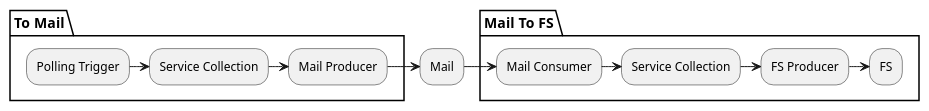
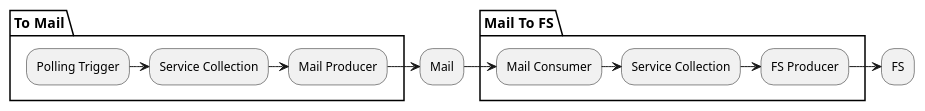
The diagram in interlok-mail-diagram.puml (interlok-testing/testing_mail), drawn with PlantUML before and after one commit. The commit also changed 1 other file, not shown here.

Commit message:
Update diagram

```diff
--- a/interlok-mail-diagram.puml
+++ b/interlok-mail-diagram.puml
@@ -1,13 +1,13 @@
 @startuml
 partition "To Mail" {
   "Polling Trigger" -right-> "Service Collection" as SC1
   SC1 -right-> "Mail Producer"
 }
 "Mail Producer" -right-> "Mail"
 partition "Mail To FS" {
   "Mail" -right-> "Mail Consumer"
   "Mail Consumer" -right-> "Service Collection" as SC2
   SC2 -right-> "FS Producer"
-  "FS Producer" -right-> "FS"
 }
+"FS Producer" -right-> "FS"
 @enduml
```
